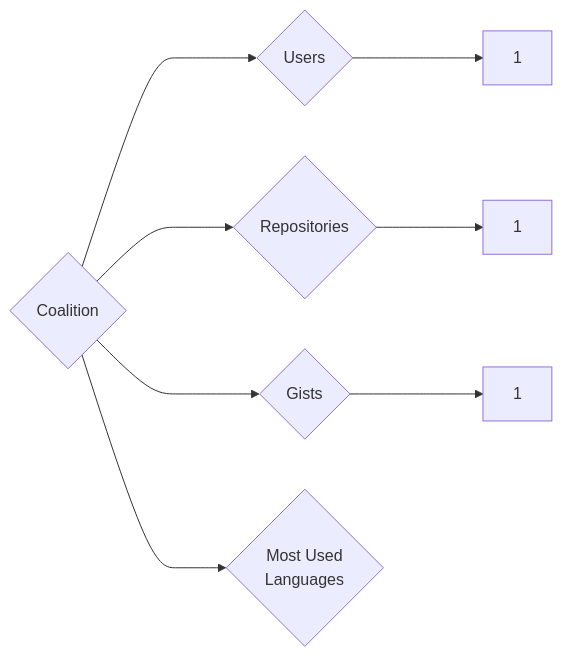
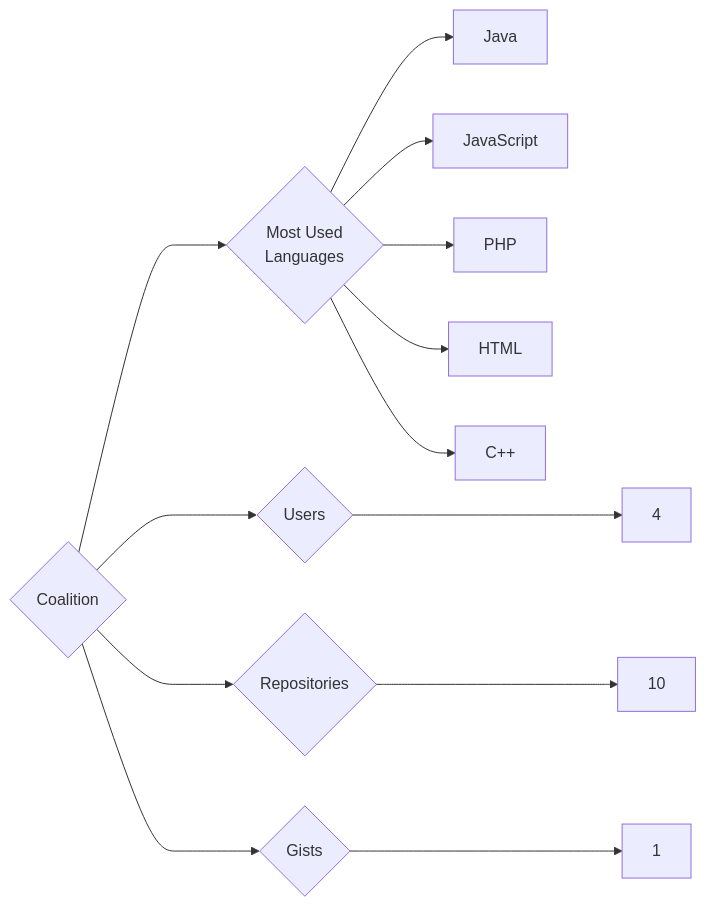
One commit to trickest/insiders changed the diagram in targets/Coalition/README.md. Above: the diagram before and after it, drawn with Mermaid. The commit also changed 777 other files, not shown here.

````diff
--- a/targets/Coalition/README.md
+++ b/targets/Coalition/README.md
@@ -3,8 +3,13 @@
 ```mermaid
 graph LR
 COMPANY_NAME{Coalition}
-COMPANY_NAME ---> U{Users} ---> UN[1]
-COMPANY_NAME ---> R{Repositories} ---> RN[1]
+COMPANY_NAME ---> U{Users} ---> UN[4]
+COMPANY_NAME ---> R{Repositories} ---> RN[10]
 COMPANY_NAME ---> G{Gists} ---> GN[1]
 COMPANY_NAME ---> ML{Most Used<br>Languages}
+ML --> Java[Java]
+ML --> JavaScript[JavaScript]
+ML --> PHP[PHP]
+ML --> HTML[HTML]
+ML --> C++[C++]
 ```
````
